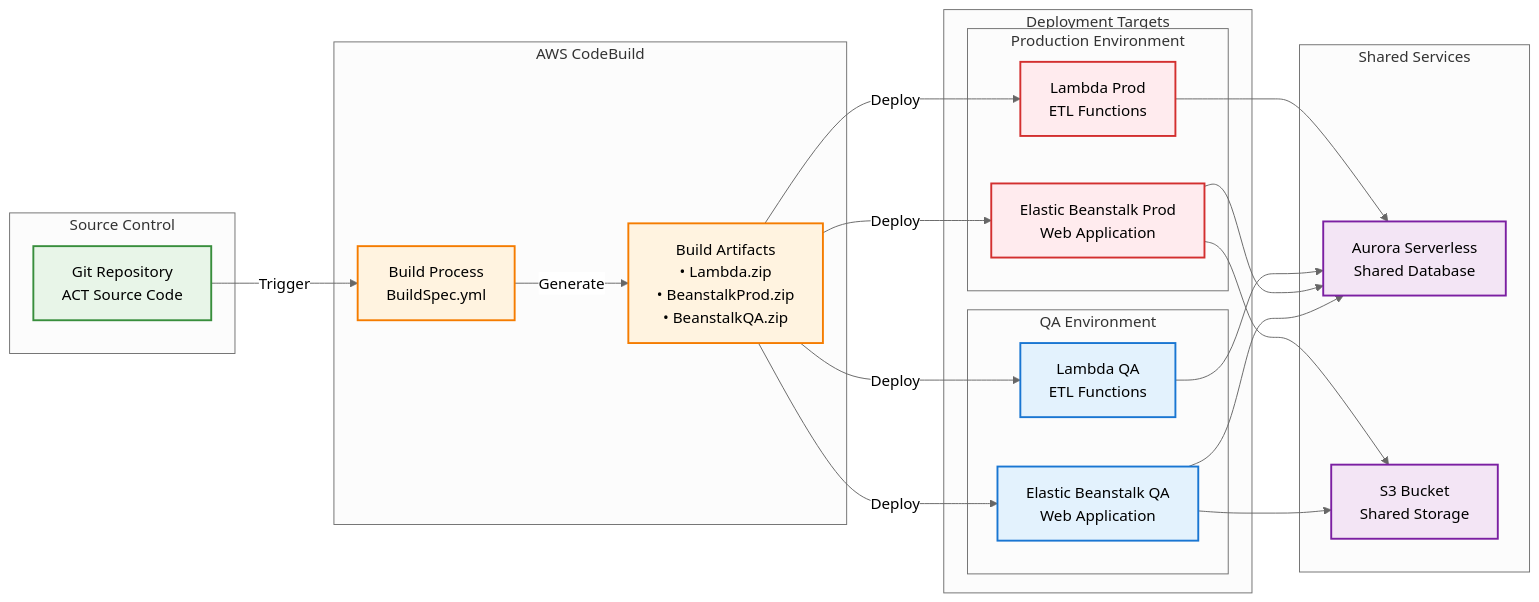
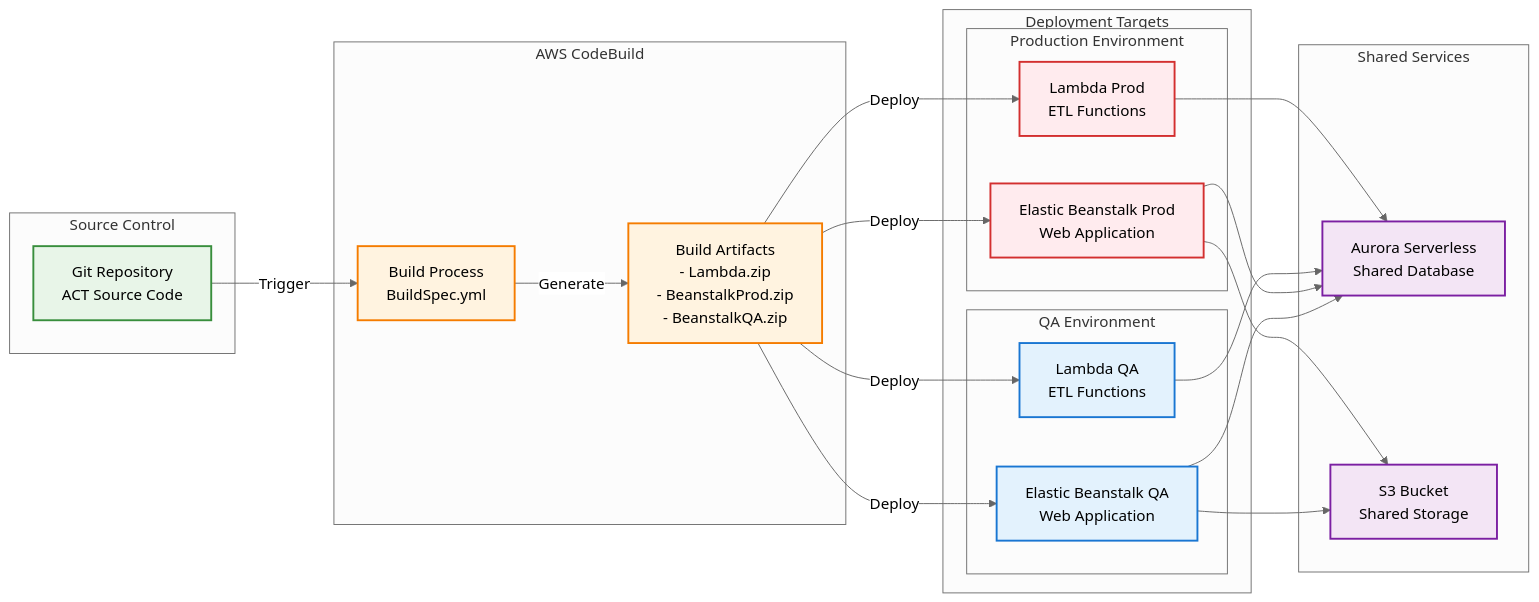
Before and after one commit to csg-i/assetcompliancetracker: the third of 5 diagrams in AWS_Architecture_Diagram.md, drawn with Mermaid (neutral theme). The commit also changed other lines of this file, not shown here.

Commit message:
Update AWS architecture diagram with minor formatting changes

````diff
--- a/AWS_Architecture_Diagram.md
+++ b/AWS_Architecture_Diagram.md
@@ -147,57 +147,57 @@
 ```mermaid
 graph LR
     subgraph "Source Control"
         Repo[Git Repository<br/>ACT Source Code]
     end
 
     subgraph "AWS CodeBuild"
         Build[Build Process<br/>BuildSpec.yml]
-        Artifacts[Build Artifacts<br/>• Lambda.zip<br/>• BeanstalkProd.zip<br/>• BeanstalkQA.zip]
+        Artifacts[Build Artifacts<br/>- Lambda.zip<br/>- BeanstalkProd.zip<br/>- BeanstalkQA.zip]
     end
 
     subgraph "Deployment Targets"
         subgraph "QA Environment"
             EB_QA[Elastic Beanstalk QA<br/>Web Application]
             Lambda_QA[Lambda QA<br/>ETL Functions]
         end
         
         subgraph "Production Environment"
             EB_Prod[Elastic Beanstalk Prod<br/>Web Application]
             Lambda_Prod[Lambda Prod<br/>ETL Functions]
         end
     end
 
     subgraph "Shared Services"
         Aurora_Shared[Aurora Serverless<br/>Shared Database]
         S3_Shared[S3 Bucket<br/>Shared Storage]
     end
 
     %% Flow
     Repo -->|Trigger| Build
     Build -->|Generate| Artifacts
     Artifacts -->|Deploy| EB_QA
     Artifacts -->|Deploy| Lambda_QA
     Artifacts -->|Deploy| EB_Prod
     Artifacts -->|Deploy| Lambda_Prod
     
     EB_QA --> Aurora_Shared
     EB_Prod --> Aurora_Shared
     Lambda_QA --> Aurora_Shared
     Lambda_Prod --> Aurora_Shared
     
     EB_QA --> S3_Shared
     EB_Prod --> S3_Shared
 
     %% Styling
     classDef source fill:#e8f5e8,stroke:#388e3c,stroke-width:2px
     classDef build fill:#fff3e0,stroke:#f57c00,stroke-width:2px
     classDef qa fill:#e3f2fd,stroke:#1976d2,stroke-width:2px
     classDef prod fill:#ffebee,stroke:#d32f2f,stroke-width:2px
     classDef shared fill:#f3e5f5,stroke:#7b1fa2,stroke-width:2px
     
     class Repo source
     class Build,Artifacts build
     class EB_QA,Lambda_QA qa
     class EB_Prod,Lambda_Prod prod
     class Aurora_Shared,S3_Shared shared
 ```
````
